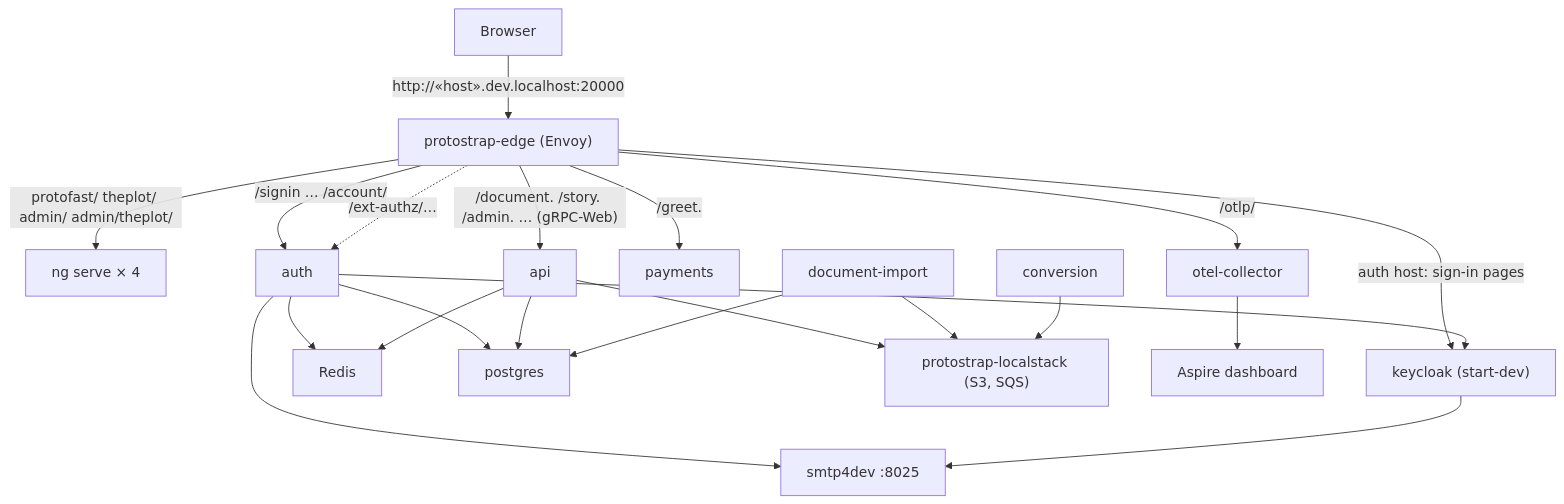
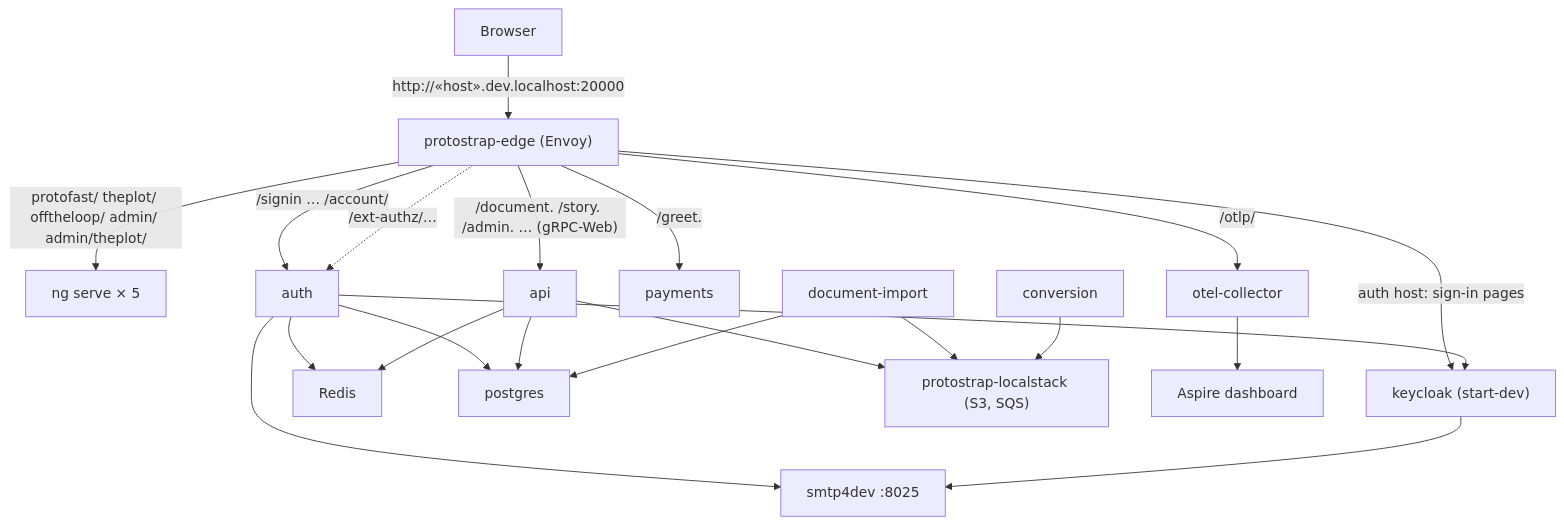
Before and after one commit to duncan-G/ProtoFast: the first of 2 diagrams in docs/01-topology.md, drawn with Mermaid. The commit also changed other lines of this file and 349 other files, not shown here.

````diff
--- a/docs/01-topology.md
+++ b/docs/01-topology.md
@@ -57,17 +58,17 @@
 ```mermaid
 graph TD
     Browser -->|"http://«host».dev.localhost:20000"| Edge["protostrap-edge (Envoy)"]
-    Edge -->|"protofast/ theplot/ admin/ admin/theplot/"| Ng["ng serve × 4"]
+    Edge -->|"protofast/ theplot/ offtheloop/ admin/ admin/theplot/"| Ng["ng serve × 5"]
     Edge -->|"/signin … /account/"| Auth["auth"]
     Edge -->|"/document. /story. /admin. … (gRPC-Web)"| Api["api"]
     Edge -->|"/greet."| Pay["payments"]
     Edge -->|"auth host: sign-in pages"| KC["keycloak (start-dev)"]
     Edge -->|"/otlp/"| Otel["otel-collector"]
     Edge -.->|"/ext-authz/…"| Auth
     Auth --> KC & Redis & PG["postgres"]
     Api --> PG & Redis & LS["protostrap-localstack (S3, SQS)"]
     Import["document-import"] --> LS & PG
     Conv["conversion"] --> LS
     Auth & KC --> Smtp["smtp4dev :8025"]
     Otel --> Dash["Aspire dashboard"]
 ```
````
